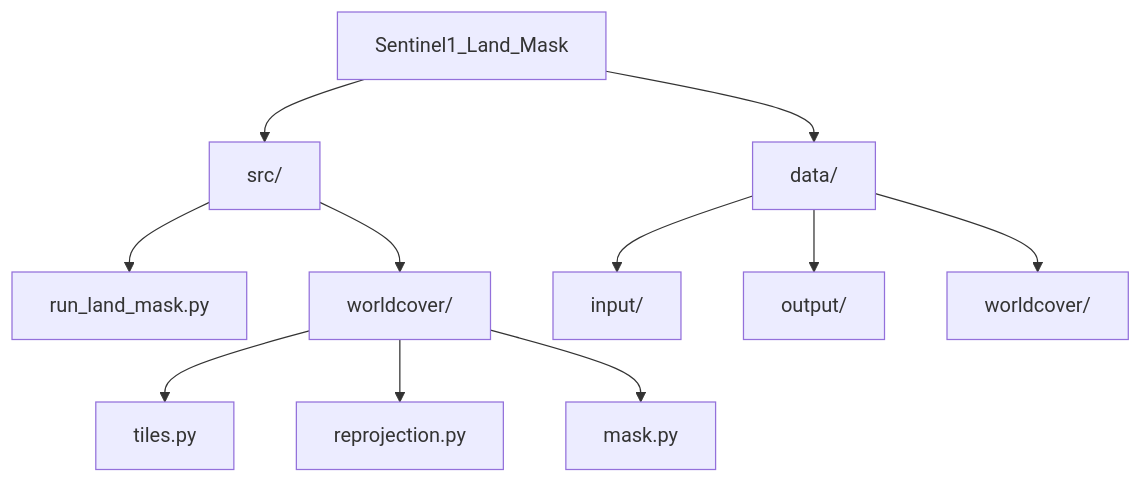
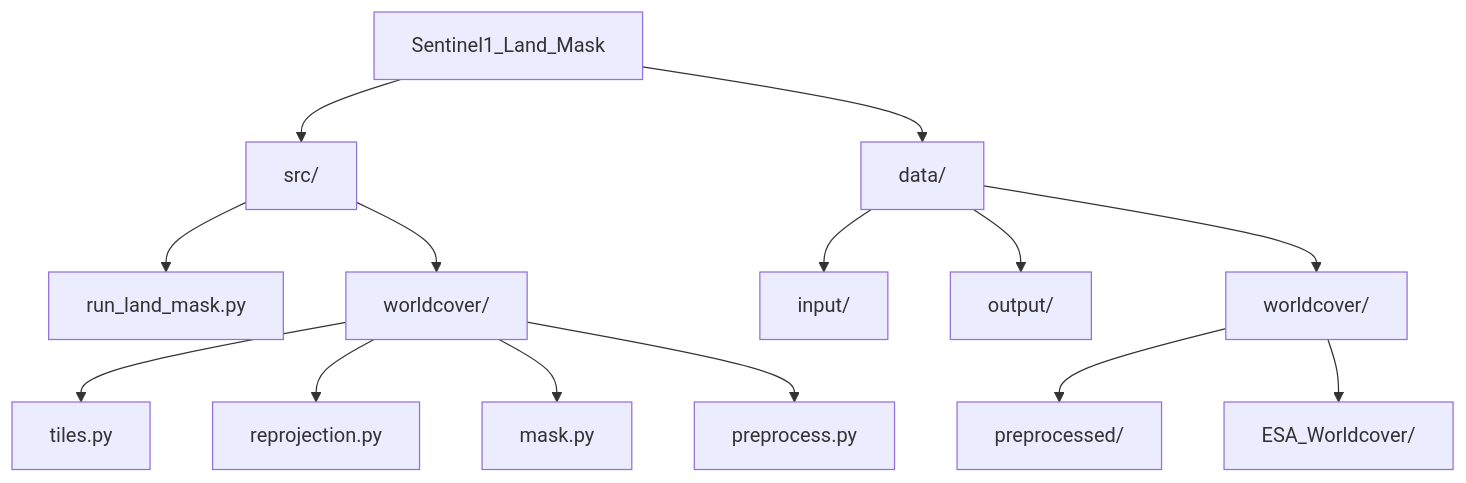
Before and after one commit to phillipclarke709/Sentinel-1-Land-Mask: the diagram in README.md, drawn with Mermaid.

Commit message:
Updated README to explaing WC preprocessing

````diff
--- a/README.md
+++ b/README.md
@@ -9,16 +9,19 @@
 ```mermaid
 graph TD
   A[Sentinel1_Land_Mask] --> B[src/]
   A --> C[data/]
 
   B --> D[run_land_mask.py]
   B --> E[worldcover/]
 
   E --> F[tiles.py]
   E --> G[reprojection.py]
   E --> H[mask.py]
+  E --> L[preprocess.py]
 
   C --> I[input/]
   C --> J[output/]
   C --> K[worldcover/]
+  K --> M[preprocessed/]
+  K --> N[ESA_Worldcover/]
 ```
````
